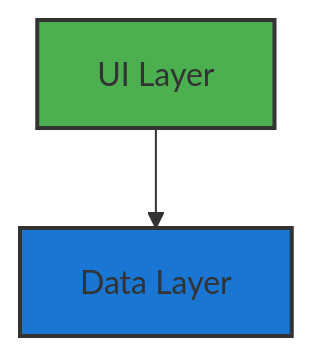
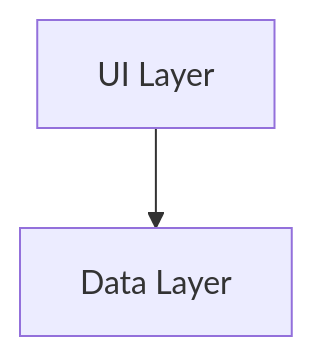
One commit to atick-faisal/Jetpack-Android-Starter changed the second of 4 diagrams in docs/architecture.md. Above: the diagram before and after it, drawn with Mermaid. The commit also changed other lines of this file and 31 other files, not shown here.

````diff
--- a/docs/architecture.md
+++ b/docs/architecture.md
@@ -61,6 +55,4 @@
 ```mermaid
 graph TD
     A[UI Layer] --> B[Data Layer]
-    style A fill: #4CAF50, stroke: #333, stroke-width: 2px
-    style B fill: #1976D2, stroke: #333, stroke-width: 2px
 ```
````
